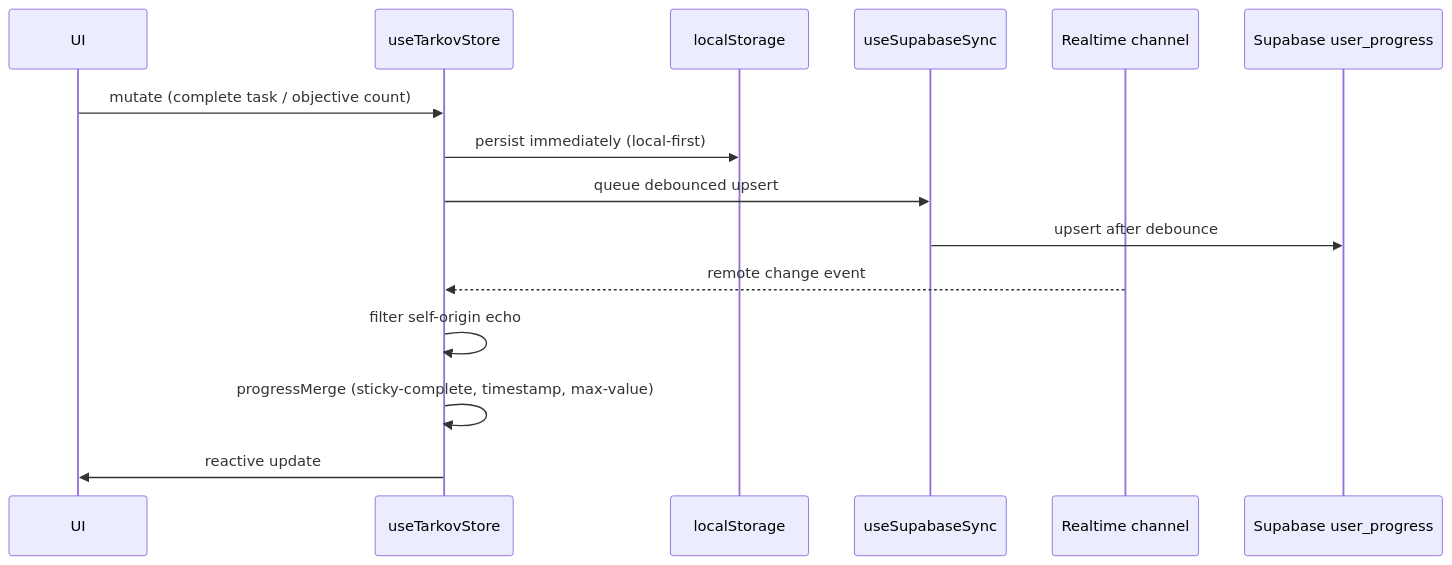
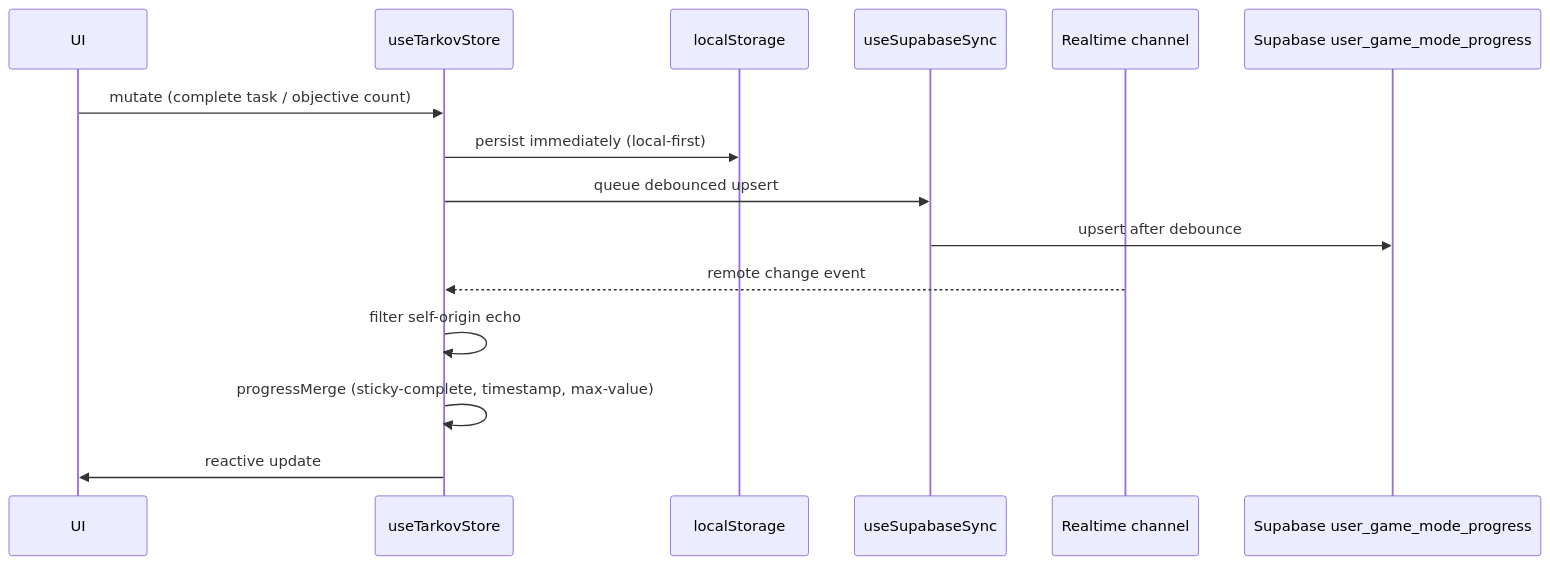
Before and after one commit to tarkovtracker-org/TarkovTracker: the third of 9 diagrams in docs/agent-context/summary/workflows.md, drawn with Mermaid. The commit also changed other lines of this file and 5 other files, not shown here.

````diff
--- a/docs/agent-context/summary/workflows.md
+++ b/docs/agent-context/summary/workflows.md
@@ -62,18 +62,18 @@
 ```mermaid
 sequenceDiagram
     participant UI
     participant Tarkov as useTarkovStore
     participant LS as localStorage
     participant Sync as useSupabaseSync
     participant RT as Realtime channel
-    participant DB as Supabase user_progress
+    participant DB as Supabase user_game_mode_progress
 
     UI->>Tarkov: mutate (complete task / objective count)
     Tarkov->>LS: persist immediately (local-first)
     Tarkov->>Sync: queue debounced upsert
     Sync->>DB: upsert after debounce
     RT-->>Tarkov: remote change event
     Tarkov->>Tarkov: filter self-origin echo
     Tarkov->>Tarkov: progressMerge (sticky-complete, timestamp, max-value)
     Tarkov->>UI: reactive update
 ```
````
